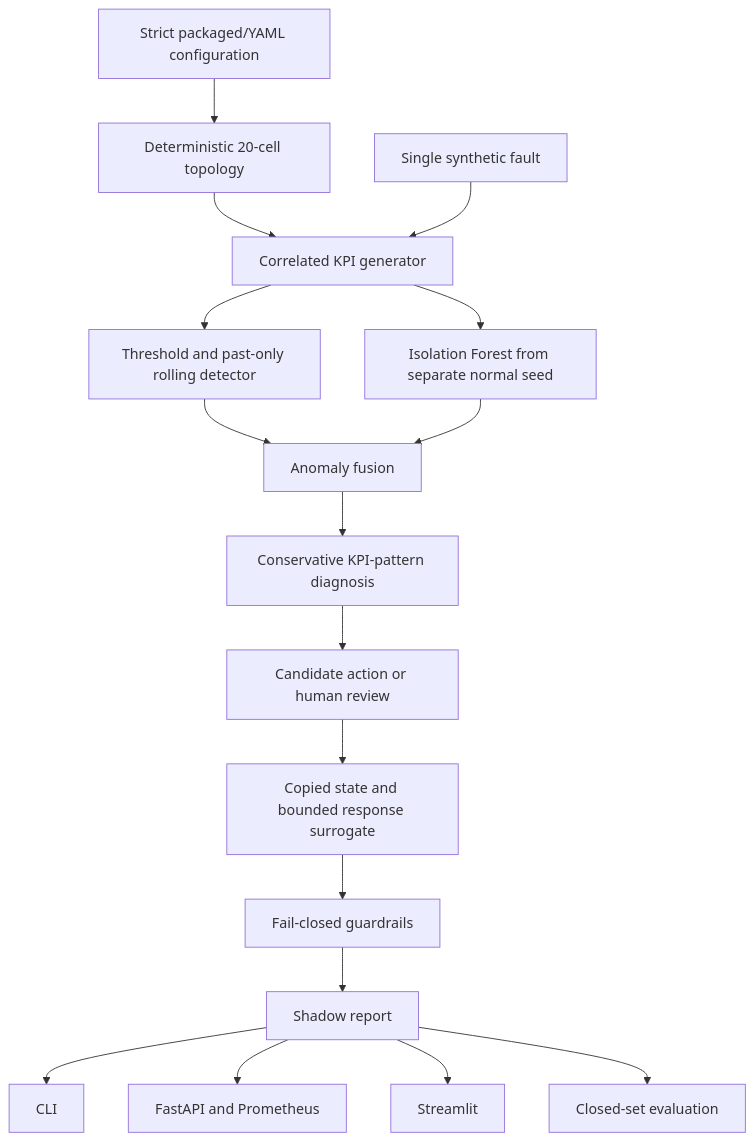
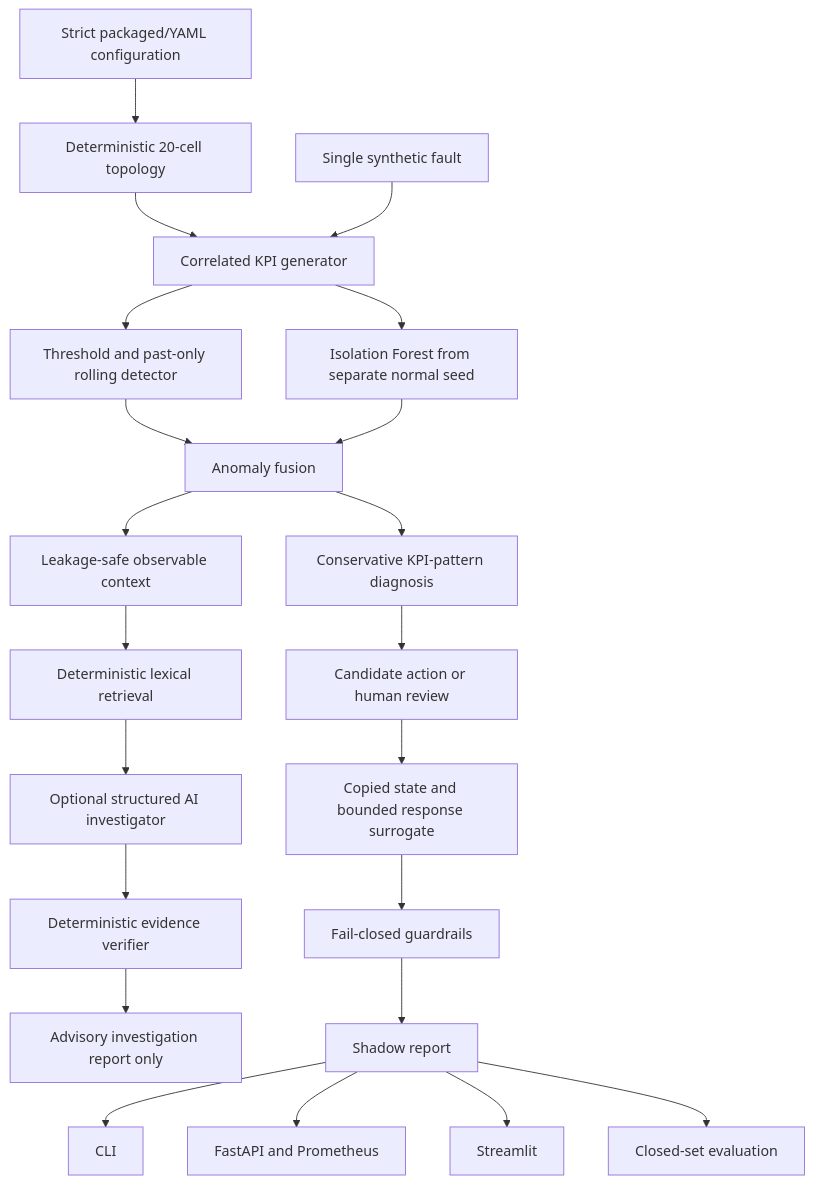
The first of 2 diagrams in docs/architecture.md (omidrahimirad/ai-ran-digital-twin-assurance), drawn with Mermaid before and after one commit. The commit also changed other lines of this file and 46 other files, not shown here.

First line of the commit message:
Add evidence-grounded advisory AI investigation V2 (#15)

````diff
--- a/docs/architecture.md
+++ b/docs/architecture.md
@@ -10,19 +10,24 @@
 ```mermaid
 flowchart TB
     C["Strict packaged/YAML configuration"] --> T["Deterministic 20-cell topology"]
     T --> K["Correlated KPI generator"]
     F["Single synthetic fault"] --> K
     K --> R["Threshold and past-only rolling detector"]
     K --> M["Isolation Forest from separate normal seed"]
     R --> H["Anomaly fusion"]
     M --> H
     H --> D["Conservative KPI-pattern diagnosis"]
+    H --> X["Leakage-safe observable context"]
+    X --> RAG["Deterministic lexical retrieval"]
+    RAG --> AI["Optional structured AI investigator"]
+    AI --> V["Deterministic evidence verifier"]
+    V --> ADV["Advisory investigation report only"]
     D --> A["Candidate action or human review"]
     A --> P["Copied state and bounded response surrogate"]
     P --> G["Fail-closed guardrails"]
     G --> S["Shadow report"]
     S --> CLI["CLI"]
     S --> API["FastAPI and Prometheus"]
     S --> UI["Streamlit"]
     S --> E["Closed-set evaluation"]
 ```
````
